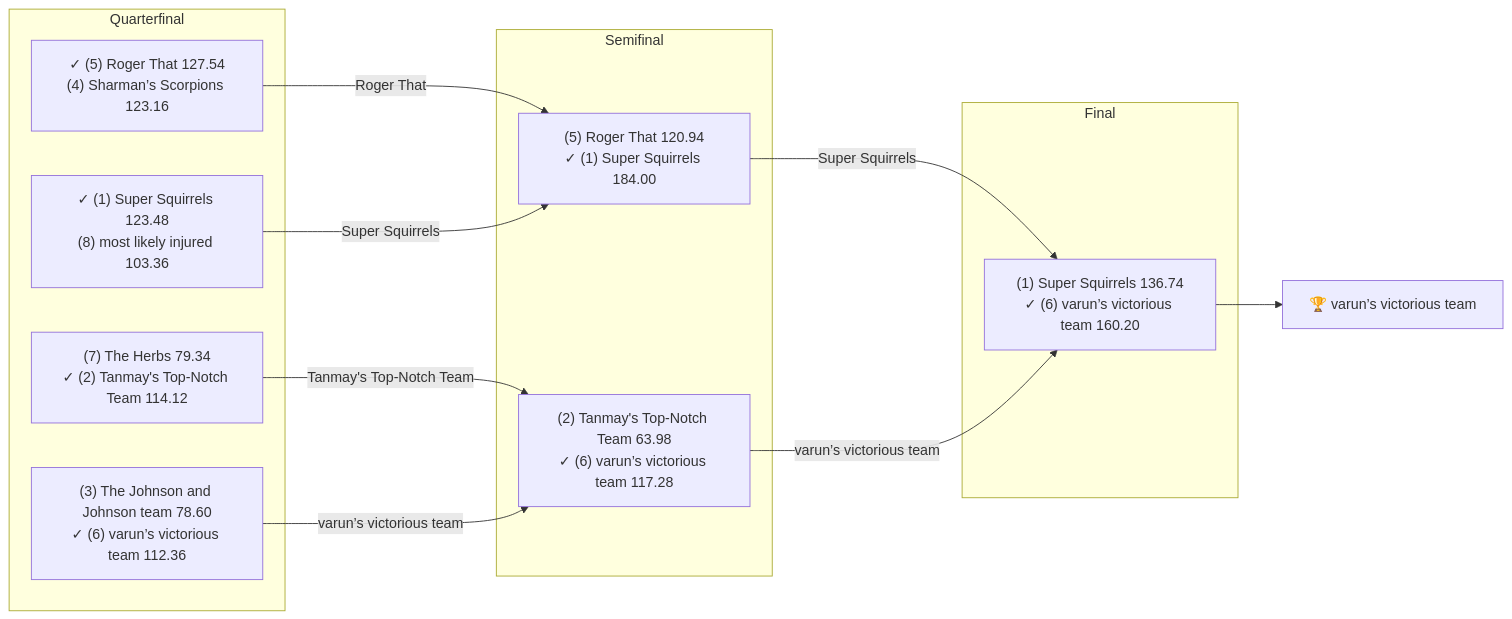
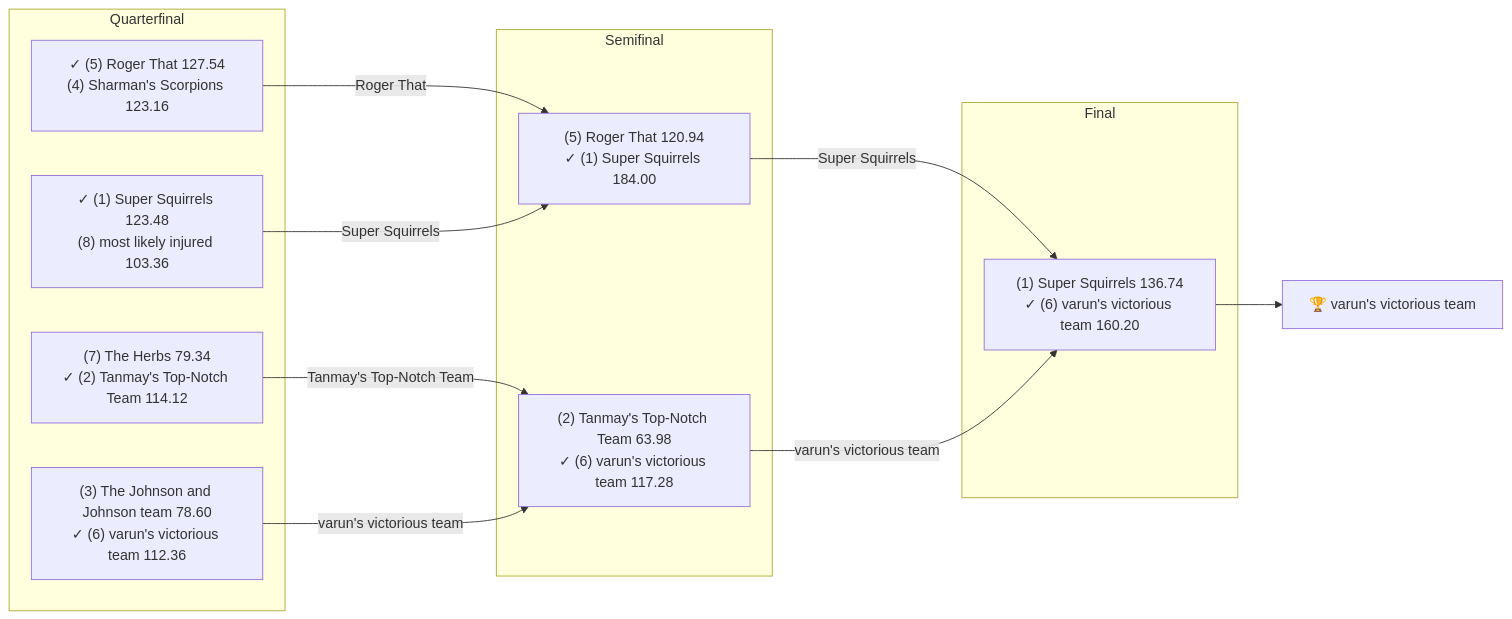
One commit to narenp12/pine-hills-wiki changed the diagram in zensical/docs/seasons/2021-season.md. Above: the diagram before and after it, drawn with Mermaid. The commit also changed other lines of this file and 699 other files, not shown here.

````diff
--- a/zensical/docs/seasons/2021-season.md
+++ b/zensical/docs/seasons/2021-season.md
@@ -36,23 +36,23 @@
 ```mermaid
 flowchart LR
     subgraph RQuarterfinal["Quarterfinal"]
         W15G1["(7) The Herbs 79.34<br>✓ (2) Tanmay's Top-Notch Team 114.12"]
-        W15G2["✓ (5) Roger That 127.54<br>(4) Sharman’s Scorpions 123.16"]
-        W15G3["(3) The Johnson and Johnson team 78.60<br>✓ (6) varun’s victorious team 112.36"]
+        W15G2["✓ (5) Roger That 127.54<br>(4) Sharman's Scorpions 123.16"]
+        W15G3["(3) The Johnson and Johnson team 78.60<br>✓ (6) varun's victorious team 112.36"]
         W15G4["✓ (1) Super Squirrels 123.48<br>(8) most likely injured 103.36"]
     end
     subgraph RSemifinal["Semifinal"]
         W16G1["(5) Roger That 120.94<br>✓ (1) Super Squirrels 184.00"]
-        W16G2["(2) Tanmay's Top-Notch Team 63.98<br>✓ (6) varun’s victorious team 117.28"]
+        W16G2["(2) Tanmay's Top-Notch Team 63.98<br>✓ (6) varun's victorious team 117.28"]
     end
     subgraph RFinal["Final"]
-        W17G1["(1) Super Squirrels 136.74<br>✓ (6) varun’s victorious team 160.20"]
+        W17G1["(1) Super Squirrels 136.74<br>✓ (6) varun's victorious team 160.20"]
     end
     W15G1 -->|"Tanmay's Top-Notch Team"| W16G2
     W15G2 -->|"Roger That"| W16G1
-    W15G3 -->|"varun’s victorious team"| W16G2
+    W15G3 -->|"varun's victorious team"| W16G2
     W15G4 -->|"Super Squirrels"| W16G1
     W16G1 -->|"Super Squirrels"| W17G1
-    W16G2 -->|"varun’s victorious team"| W17G1
-    W17G1 --> CHAMP["🏆 varun’s victorious team"]
+    W16G2 -->|"varun's victorious team"| W17G1
+    W17G1 --> CHAMP["🏆 varun's victorious team"]
 ```
````
